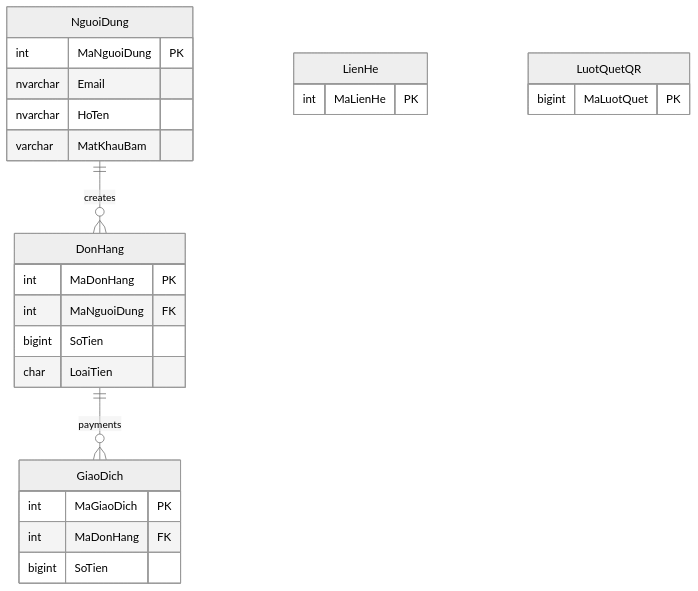
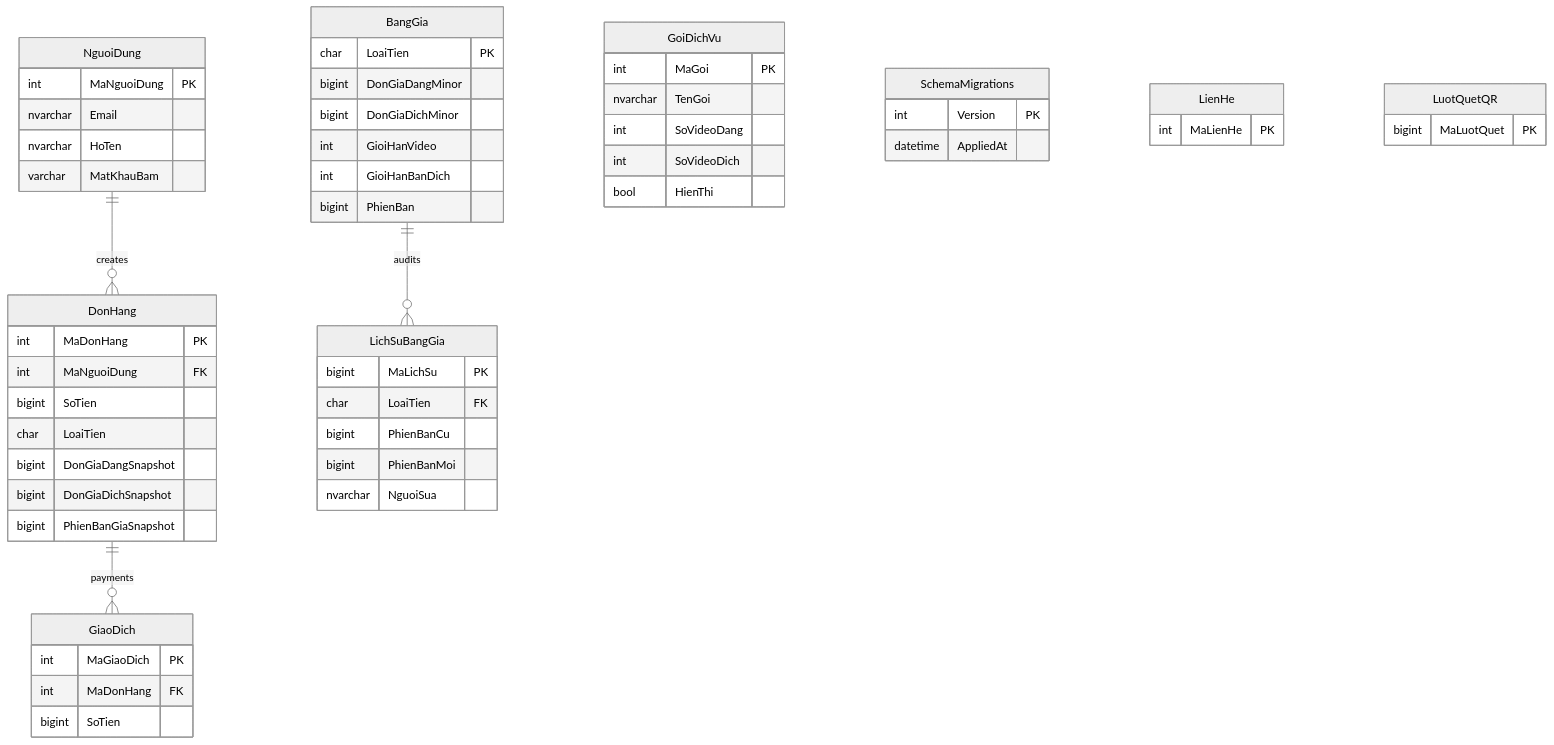
One commit to YiTang-159/CNPM changed the diagram in docs/ERD.md. Above: the diagram before and after it, drawn with Mermaid (neutral theme). The commit also changed other lines of this file and 65 other files, not shown here.

````diff
--- a/docs/ERD.md
+++ b/docs/ERD.md
@@ -3,28 +3,58 @@
 ```mermaid
 erDiagram
   NguoiDung ||--o{ DonHang : creates
   DonHang ||--o{ GiaoDich : payments
   NguoiDung {
     int MaNguoiDung PK
     nvarchar Email
     nvarchar HoTen
     varchar MatKhauBam
   }
   DonHang {
     int MaDonHang PK
     int MaNguoiDung FK
     bigint SoTien
     char LoaiTien
+    bigint DonGiaDangSnapshot
+    bigint DonGiaDichSnapshot
+    bigint PhienBanGiaSnapshot
+  }
+  BangGia ||--o{ LichSuBangGia : audits
+  BangGia {
+    char LoaiTien PK
+    bigint DonGiaDangMinor
+    bigint DonGiaDichMinor
+    int GioiHanVideo
+    int GioiHanBanDich
+    bigint PhienBan
+  }
+  LichSuBangGia {
+    bigint MaLichSu PK
+    char LoaiTien FK
+    bigint PhienBanCu
+    bigint PhienBanMoi
+    nvarchar NguoiSua
+  }
+  GoiDichVu {
+    int MaGoi PK
+    nvarchar TenGoi
+    int SoVideoDang
+    int SoVideoDich
+    bool HienThi
+  }
+  SchemaMigrations {
+    int Version PK
+    datetime AppliedAt
   }
   GiaoDich {
     int MaGiaoDich PK
     int MaDonHang FK
     bigint SoTien
   }
   LienHe {
     int MaLienHe PK
   }
   LuotQuetQR {
     bigint MaLuotQuet PK
   }
 ```
````
